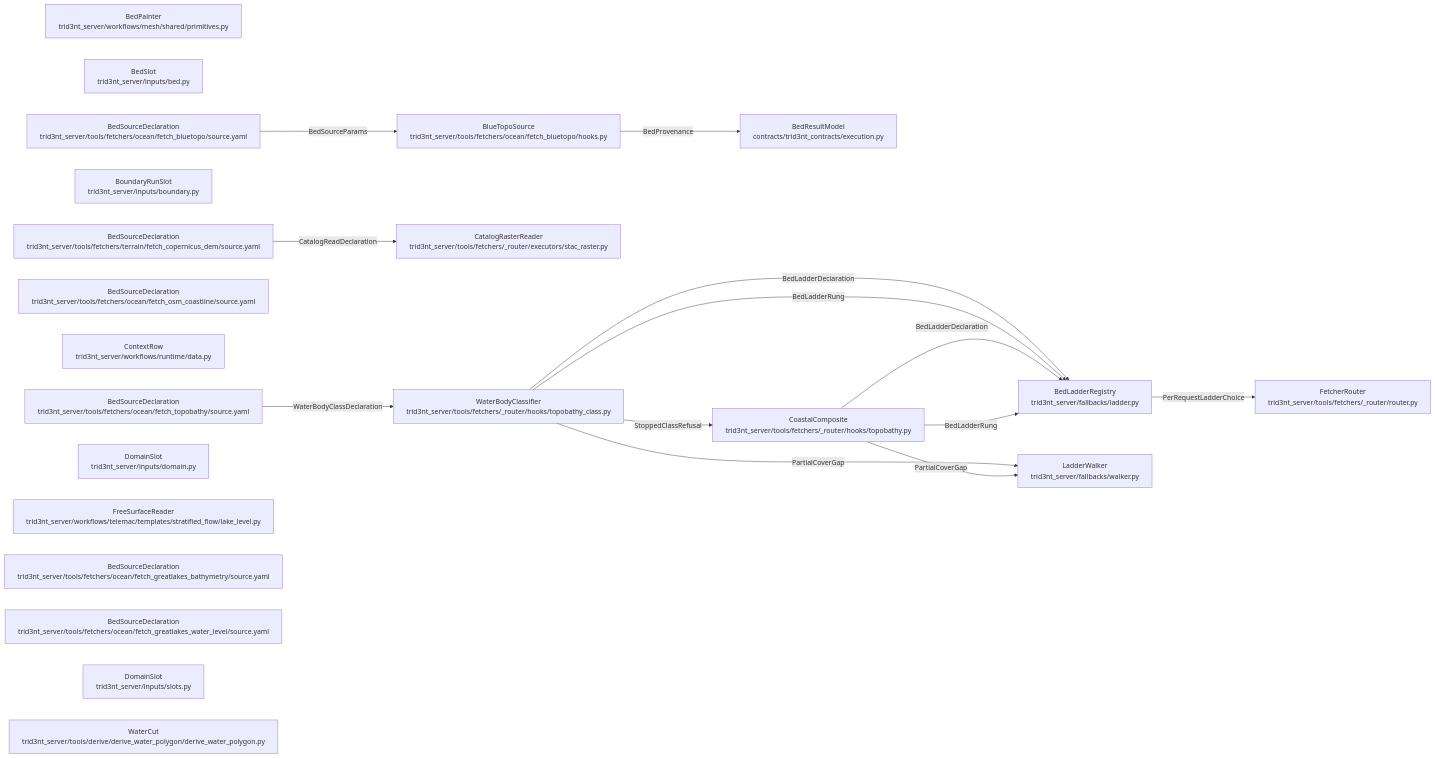
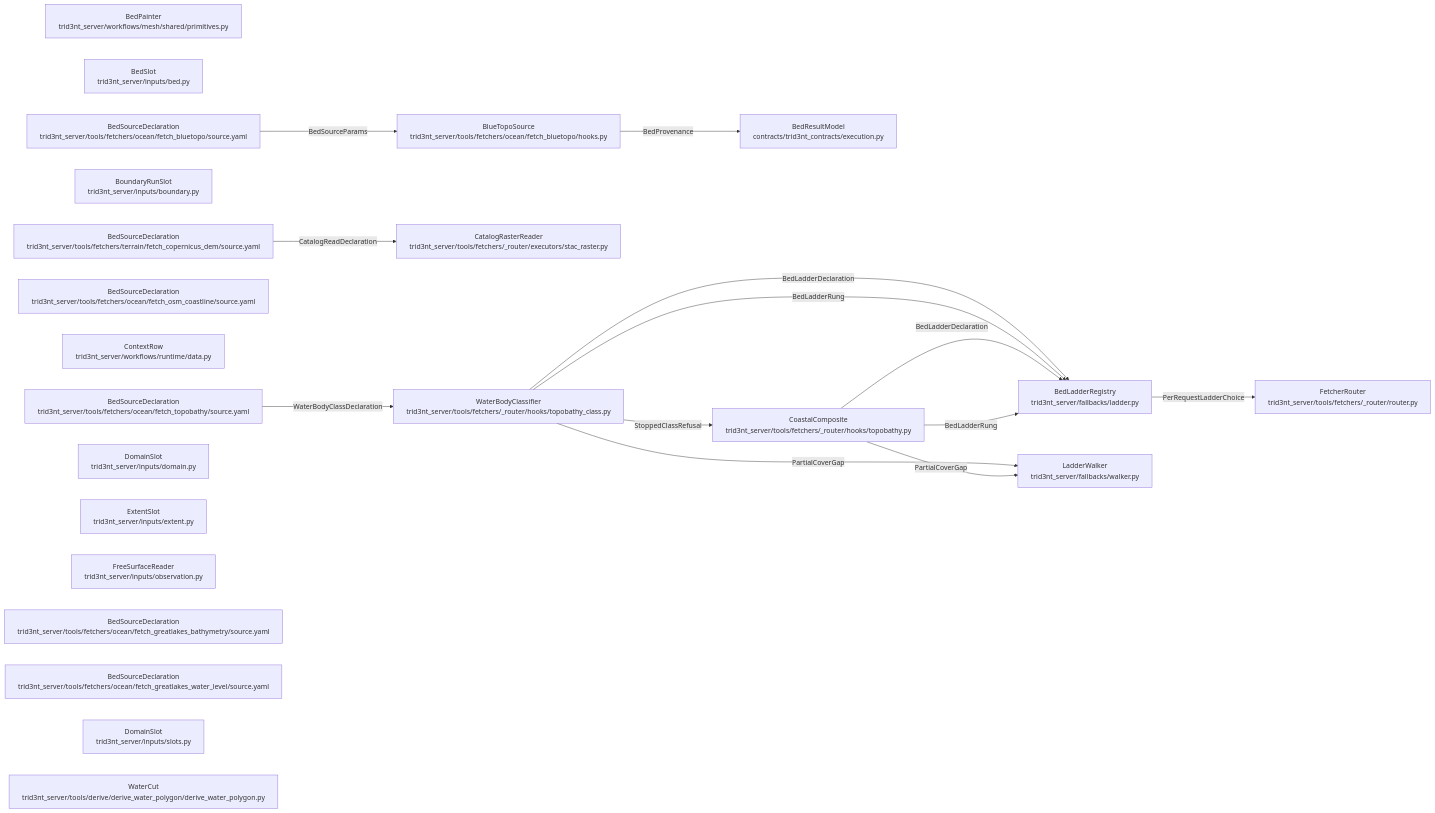
Before and after one commit to double-r-squared/trid3nt-qgis-plugin: the diagram in docs/model/data-seam-view.md, drawn with Mermaid. The commit also changed other lines of this file and 74 other files, not shown here.

First line of the commit message:
docs: the model binds the extent slot and the bed painter, and the names follow

````diff
--- a/docs/model/data-seam-view.md
+++ b/docs/model/data-seam-view.md
@@ -9,37 +9,38 @@
 ```mermaid
 flowchart LR
     bedLadderRegistry["BedLadderRegistry<br/>trid3nt_server/fallbacks/ladder.py"]
     bedPainter["BedPainter<br/>trid3nt_server/workflows/mesh/shared/primitives.py"]
     bedResultModel["BedResultModel<br/>contracts/trid3nt_contracts/execution.py"]
     bedSlot["BedSlot<br/>trid3nt_server/inputs/bed.py"]
     blueTopoDeclaration["BedSourceDeclaration<br/>trid3nt_server/tools/fetchers/ocean/fetch_bluetopo/source.yaml"]
     blueTopoSource["BlueTopoSource<br/>trid3nt_server/tools/fetchers/ocean/fetch_bluetopo/hooks.py"]
     boundaryRunSlot["BoundaryRunSlot<br/>trid3nt_server/inputs/boundary.py"]
     coastalComposite["CoastalComposite<br/>trid3nt_server/tools/fetchers/_router/hooks/topobathy.py"]
     coastalDeclaration["BedSourceDeclaration<br/>trid3nt_server/tools/fetchers/ocean/fetch_topobathy/source.yaml"]
     coastlineDeclaration["BedSourceDeclaration<br/>trid3nt_server/tools/fetchers/ocean/fetch_osm_coastline/source.yaml"]
     contextRow["ContextRow<br/>trid3nt_server/workflows/runtime/data.py"]
     copernicusDeclaration["BedSourceDeclaration<br/>trid3nt_server/tools/fetchers/terrain/fetch_copernicus_dem/source.yaml"]
     domainSlot["DomainSlot<br/>trid3nt_server/inputs/domain.py"]
+    extentSlot["ExtentSlot<br/>trid3nt_server/inputs/extent.py"]
     fetcherRouter["FetcherRouter<br/>trid3nt_server/tools/fetchers/_router/router.py"]
-    freeSurfaceReader["FreeSurfaceReader<br/>trid3nt_server/workflows/telemac/templates/stratified_flow/lake_level.py"]
+    freeSurfaceReader["FreeSurfaceReader<br/>trid3nt_server/inputs/observation.py"]
     ladderWalker["LadderWalker<br/>trid3nt_server/fallbacks/walker.py"]
     lakeDeclaration["BedSourceDeclaration<br/>trid3nt_server/tools/fetchers/ocean/fetch_greatlakes_bathymetry/source.yaml"]
     lakeLevelDeclaration["BedSourceDeclaration<br/>trid3nt_server/tools/fetchers/ocean/fetch_greatlakes_water_level/source.yaml"]
     slotDoor["DomainSlot<br/>trid3nt_server/inputs/slots.py"]
     stacRasterReader["CatalogRasterReader<br/>trid3nt_server/tools/fetchers/_router/executors/stac_raster.py"]
     waterBodyClassifier["WaterBodyClassifier<br/>trid3nt_server/tools/fetchers/_router/hooks/topobathy_class.py"]
     waterCut["WaterCut<br/>trid3nt_server/tools/derive/derive_water_polygon/derive_water_polygon.py"]
     blueTopoSource -- "BedProvenance" --> bedResultModel
     blueTopoDeclaration -- "BedSourceParams" --> blueTopoSource
     copernicusDeclaration -- "CatalogReadDeclaration" --> stacRasterReader
     waterBodyClassifier -- "PartialCoverGap" --> ladderWalker
     waterBodyClassifier -- "BedLadderDeclaration" --> bedLadderRegistry
     waterBodyClassifier -- "BedLadderRung" --> bedLadderRegistry
     coastalDeclaration -- "WaterBodyClassDeclaration" --> waterBodyClassifier
     coastalComposite -- "PartialCoverGap" --> ladderWalker
     coastalComposite -- "BedLadderDeclaration" --> bedLadderRegistry
     coastalComposite -- "BedLadderRung" --> bedLadderRegistry
     bedLadderRegistry -- "PerRequestLadderChoice" --> fetcherRouter
     waterBodyClassifier -- "StoppedClassRefusal" --> coastalComposite
 ```
````
